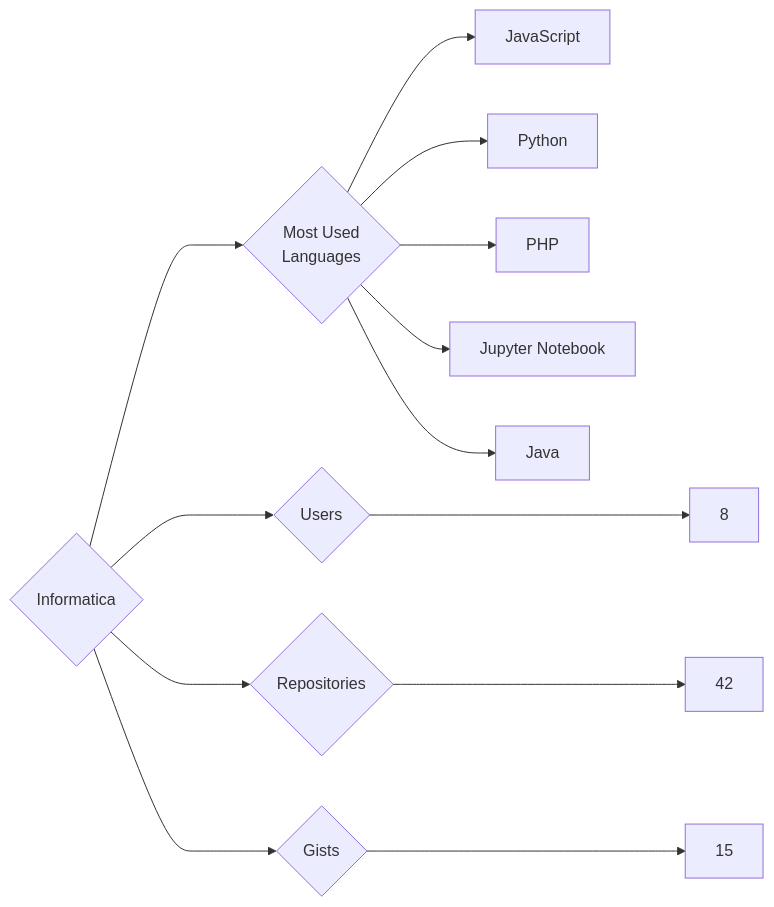
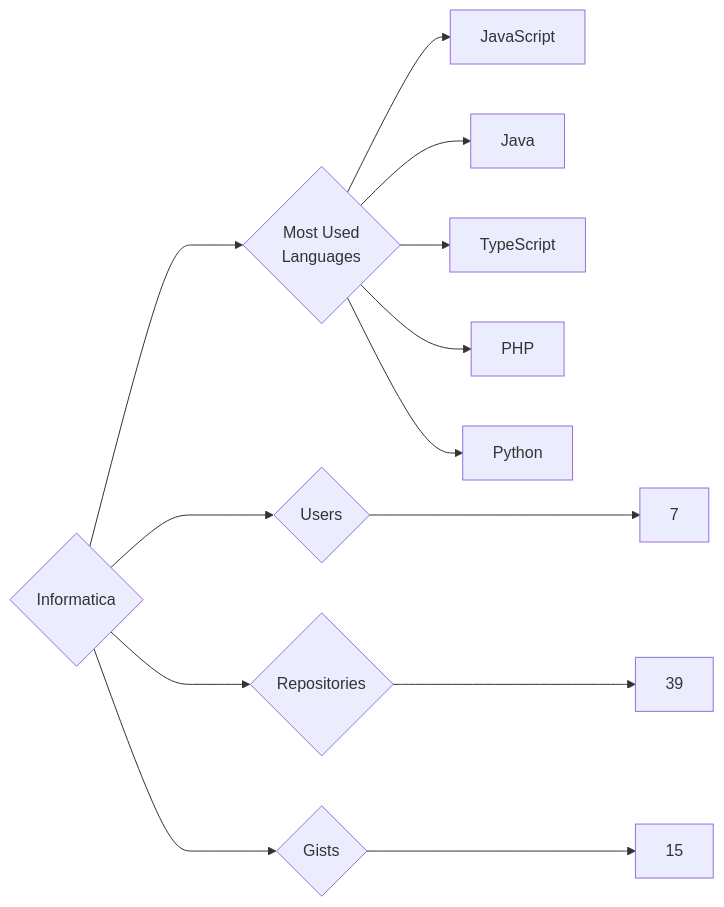
The diagram in targets/Informatica/README.md (trickest/insiders), drawn with Mermaid before and after one commit. The commit also changed 997 other files, not shown here.

````diff
--- a/targets/Informatica/README.md
+++ b/targets/Informatica/README.md
@@ -3,13 +3,13 @@
 ```mermaid
 graph LR
 COMPANY_NAME{Informatica}
-COMPANY_NAME ---> U{Users} ---> UN[8]
-COMPANY_NAME ---> R{Repositories} ---> RN[42]
+COMPANY_NAME ---> U{Users} ---> UN[7]
+COMPANY_NAME ---> R{Repositories} ---> RN[39]
 COMPANY_NAME ---> G{Gists} ---> GN[15]
 COMPANY_NAME ---> ML{Most Used<br>Languages}
 ML --> JavaScript[JavaScript]
+ML --> Java[Java]
+ML --> TypeScript[TypeScript]
+ML --> PHP[PHP]
 ML --> Python[Python]
-ML --> PHP[PHP]
-ML --> Jupyter_Notebook[Jupyter Notebook]
-ML --> Java[Java]
 ```
````
